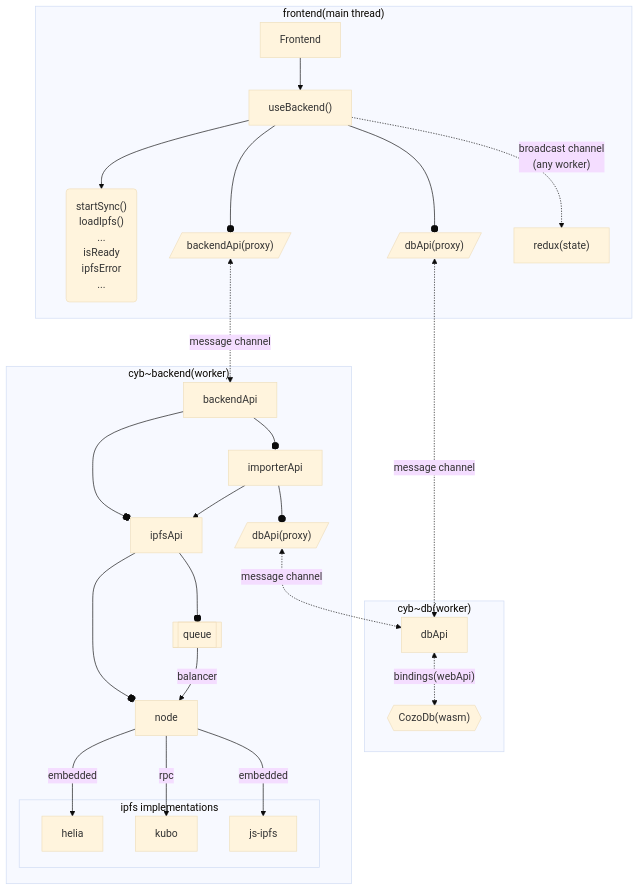
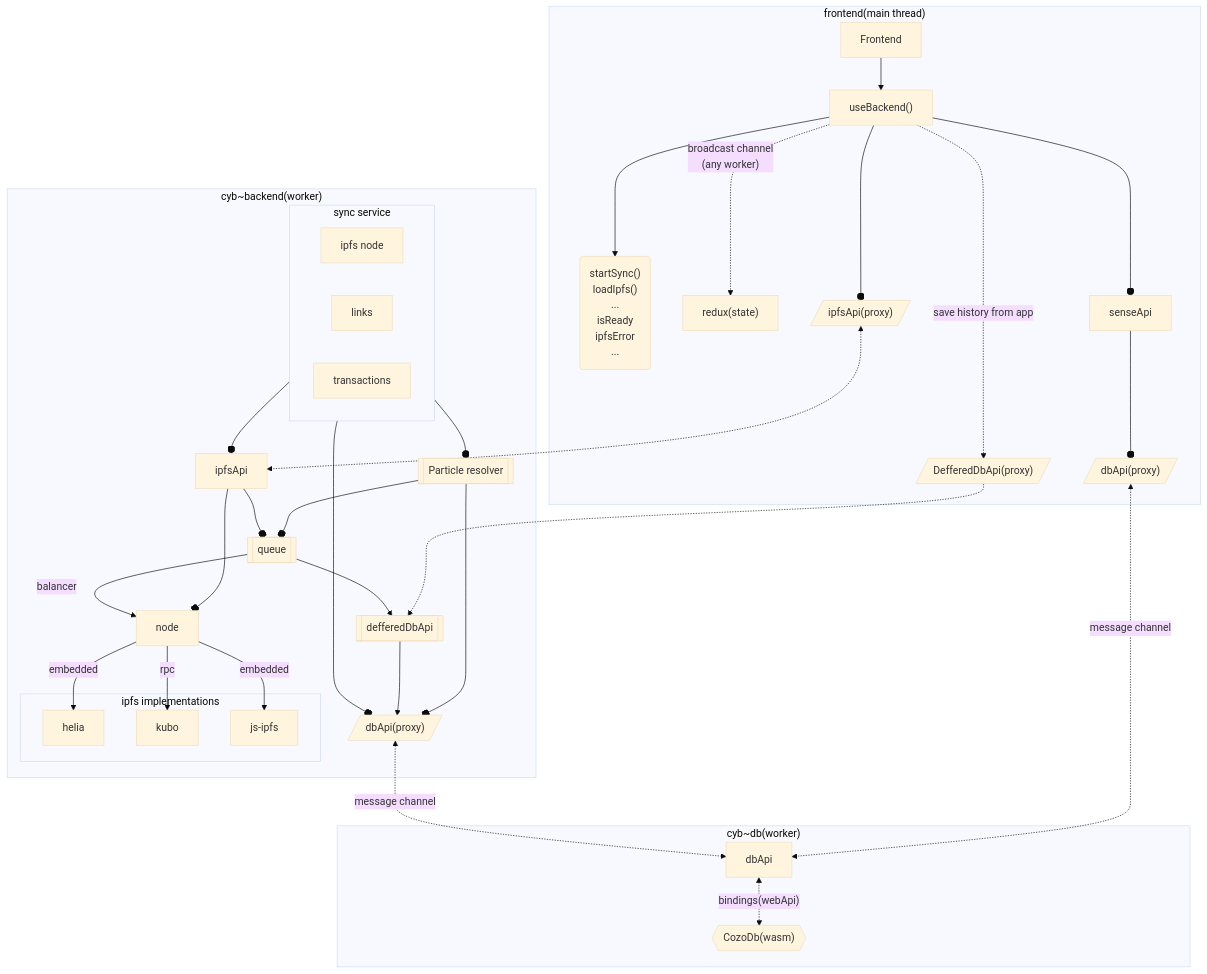
The diagram in docs/backend.md (cybercongress/cyb-ts), drawn with Mermaid (base theme) before and after one commit. The commit also changed 300 other files, not shown here.

Commit message:
(feat): background sync | sense 🧬 (#1083)

````diff
--- a/docs/backend.md
+++ b/docs/backend.md
@@ -3,41 +3,49 @@
 ```mermaid
 graph TD;
 
     subgraph frontend["frontend(main thread)"]
         App["Frontend"]-->Hook["useBackend()"];
         Hook-->methods("startSync()\nloadIpfs()\n...\nisReady\nipfsError\n...");
-        Hook--odbApi[/"dbApi(proxy)"/];
-        Hook--obackendApiFront[/"backendApi(proxy)"/];
         Hook-.broadcast channel\n(any worker).->reducer["redux(state)"]
+        Hook-.save history from app.->defferedDbApiFront[/"DefferedDbApi(proxy)"/]
+        Hook--osenseApi["senseApi"];
+        Hook--oipfsApiFront[/"ipfsApi(proxy)"/];
+        senseApi--odbApi[/"dbApi(proxy)"/];
     end
 
     dbApi<-.message channel.->dbWorker["dbApi"];
     subgraph dbWorkerGraph["cyb~db(worker)"]
         dbWorker<-.bindings(webApi).->cozodb{{"CozoDb(wasm)"}}
     end
 
-    backendApiFront<-.message channel.->backendApi;
-
+    defferedDbApiFront-.->defferedDbApi;
+    ipfsApiFront<-.->ipfsApi;
     subgraph backgroundWorker["cyb~backend(worker)"]
-        backendApi--oipfsApi;
-        backendApi--oimporterApi;
-        importerApi;
-        ipfsApi;
-        importerApi-->ipfsApi;
+        subgraph sync["sync service"]
+            ipfsNode["ipfs node"];
+            links;
+            transactions;
+        end
+        sync--oparticleResolver[["Particle resolver"]]
+        particleResolver--oqueue;
+        particleResolver--odbProxyWorker;
+        sync--oipfsApi;
+        sync--odbProxyWorker[/"dbApi(proxy)"/];
+        defferedDbApi[["defferedDbApi"]]-->dbProxyWorker;
+        queue-->defferedDbApi;
         ipfsApi--oqueue[["queue"]];
-        ipfsApi--o node["node"];
+        ipfsApi--onode["node"];
         queue--balancer-->node;
         node--embedded-->helia;
         node--rpc-->kubo;
         node--embedded-->js-ipfs;
         subgraph ipfs["ipfs implementations"]
             helia;
             kubo;
             js-ipfs;
         end
 
-        importerApi--odbProxyWorker[/"dbApi(proxy)"/];
         dbProxyWorker<-.message channel.->dbWorker
     end
 
 ```
````
